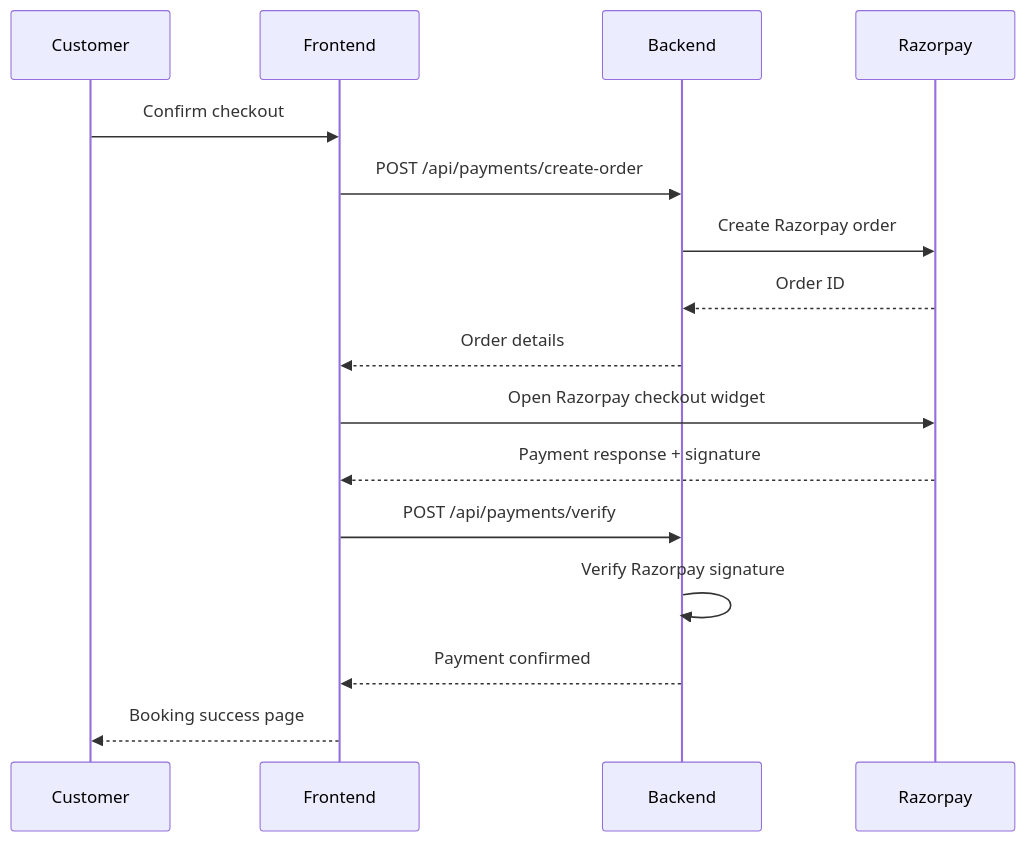
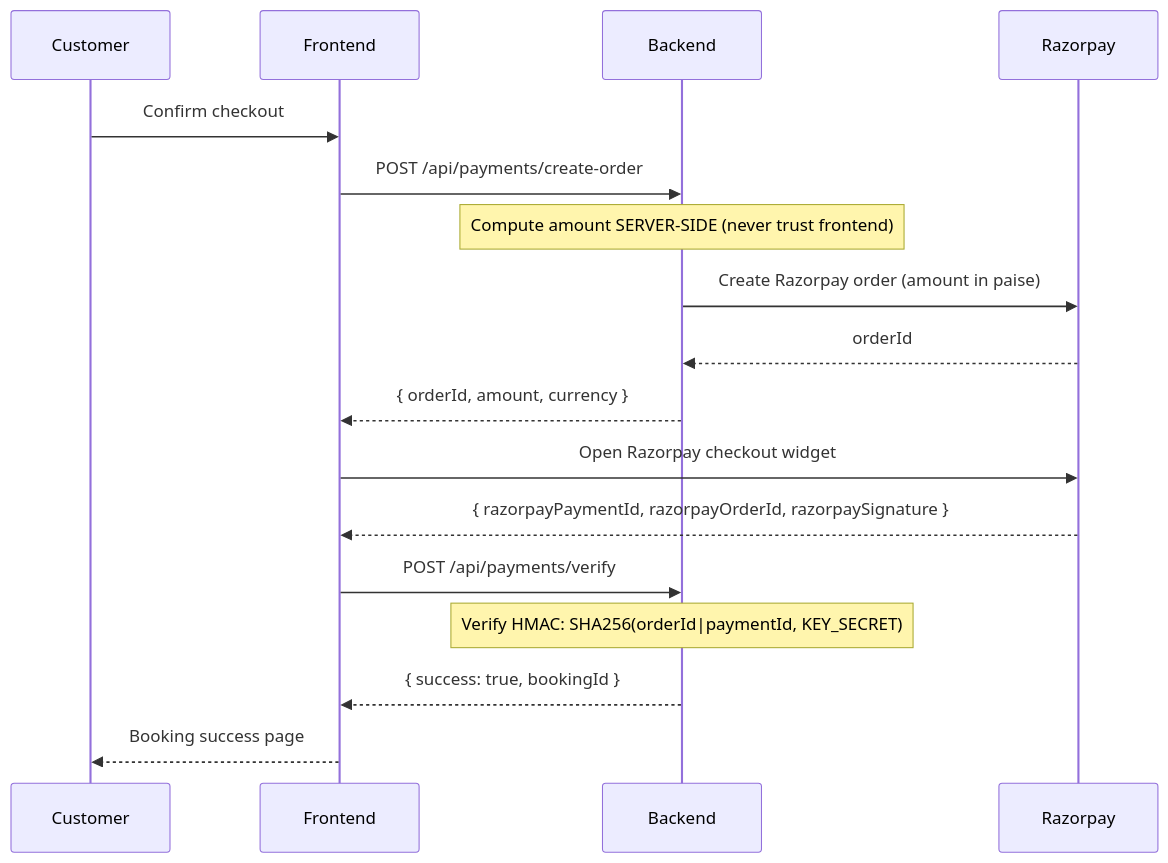
Before and after one commit to Om-Beast/RentX: the third of 3 diagrams in README.md, drawn with Mermaid. The commit also changed other lines of this file and 9 other files, not shown here.

````diff
--- a/README.md
+++ b/README.md
@@ -143,19 +130,20 @@
 ```mermaid
 sequenceDiagram
     participant C as Customer
     participant F as Frontend
     participant B as Backend
     participant R as Razorpay
 
     C->>F: Confirm checkout
     F->>B: POST /api/payments/create-order
-    B->>R: Create Razorpay order
-    R-->>B: Order ID
-    B-->>F: Order details
+    Note over B: Compute amount SERVER-SIDE (never trust frontend)
+    B->>R: Create Razorpay order (amount in paise)
+    R-->>B: orderId
+    B-->>F: { orderId, amount, currency }
     F->>R: Open Razorpay checkout widget
-    R-->>F: Payment response + signature
+    R-->>F: { razorpayPaymentId, razorpayOrderId, razorpaySignature }
     F->>B: POST /api/payments/verify
-    B->>B: Verify Razorpay signature
-    B-->>F: Payment confirmed
+    Note over B: Verify HMAC: SHA256(orderId|paymentId, KEY_SECRET)
+    B-->>F: { success: true, bookingId }
     F-->>C: Booking success page
 ```
````
